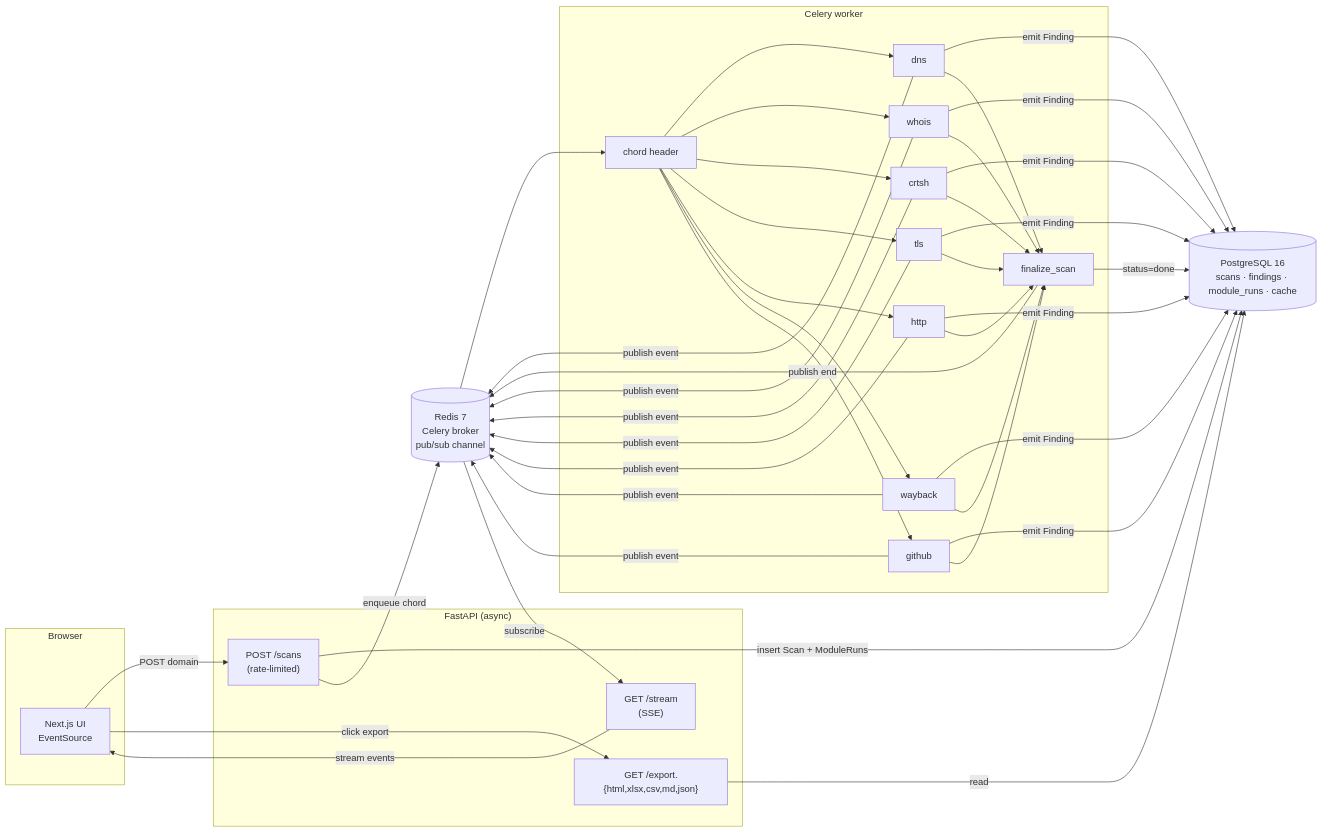
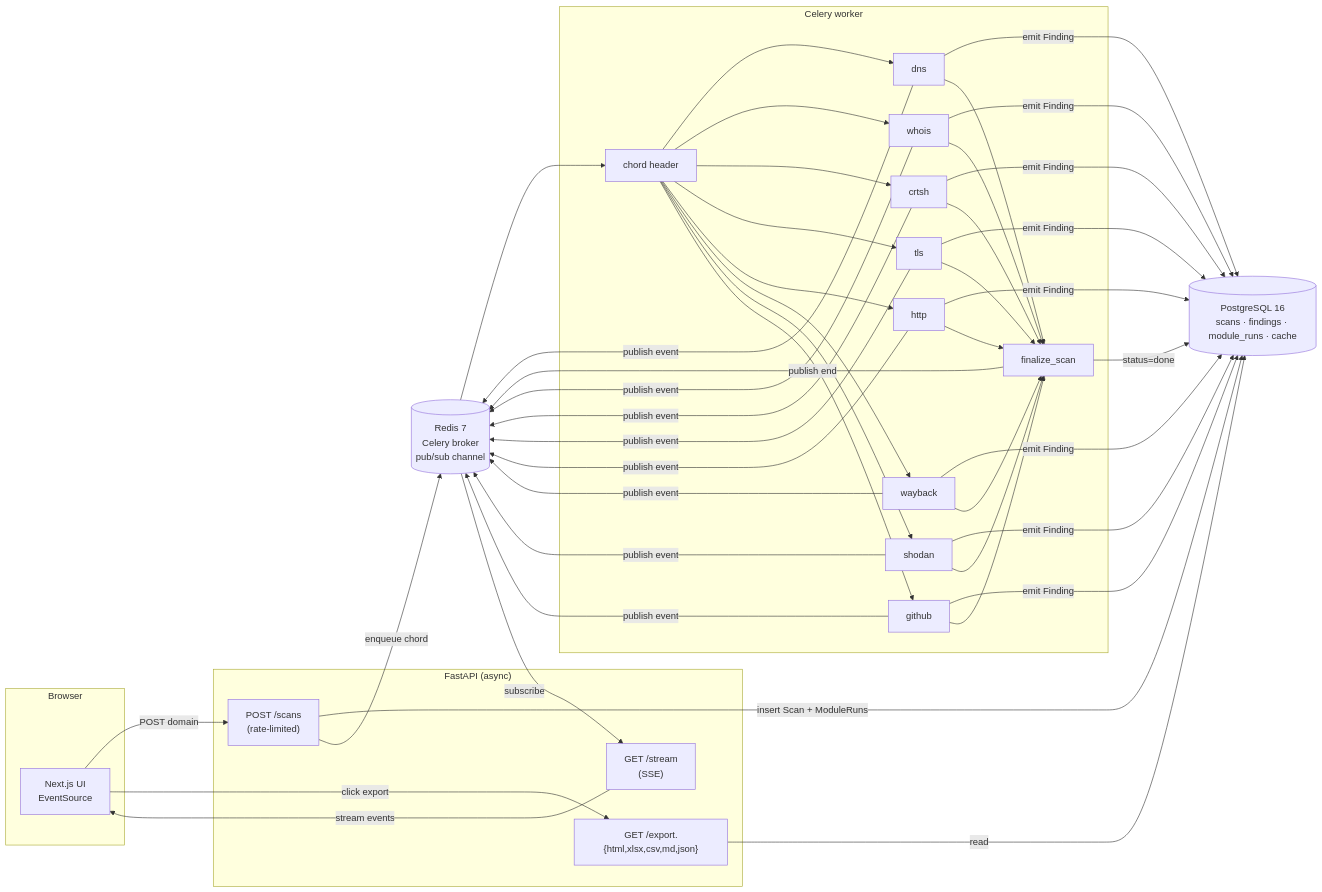
Before and after one commit to Youness-Harrizi/recon-dashboard-yh: the diagram in README.md, drawn with Mermaid. The commit also changed other lines of this file and 7 other files, not shown here.

````diff
--- a/README.md
+++ b/README.md
@@ -66,42 +67,43 @@
 ```mermaid
 flowchart LR
     subgraph Browser
         UI["Next.js UI<br/>EventSource"]
     end
 
     subgraph API["FastAPI (async)"]
         POST["POST /scans<br/>(rate-limited)"]
         SSE["GET /stream<br/>(SSE)"]
         EXPORT["GET /export.{html,xlsx,csv,md,json}"]
     end
 
     DB[("PostgreSQL 16<br/>scans · findings · module_runs · cache")]
     REDIS[("Redis 7<br/>Celery broker<br/>pub/sub channel")]
 
     subgraph Worker["Celery worker"]
         DISPATCH["chord header"]
         M1["dns"]
         M2["whois"]
         M3["crtsh"]
         M4["tls"]
         M5["http"]
         M6["wayback"]
-        M7["github"]
+        M7["shodan"]
+        M8["github"]
         FIN["finalize_scan"]
     end
 
     UI -->|POST domain| POST
     POST -->|insert Scan + ModuleRuns| DB
     POST -->|enqueue chord| REDIS
     REDIS --> DISPATCH
-    DISPATCH --> M1 & M2 & M3 & M4 & M5 & M6 & M7
-    M1 & M2 & M3 & M4 & M5 & M6 & M7 -->|emit Finding| DB
-    M1 & M2 & M3 & M4 & M5 & M6 & M7 -->|publish event| REDIS
-    M1 & M2 & M3 & M4 & M5 & M6 & M7 --> FIN
+    DISPATCH --> M1 & M2 & M3 & M4 & M5 & M6 & M7 & M8
+    M1 & M2 & M3 & M4 & M5 & M6 & M7 & M8 -->|emit Finding| DB
+    M1 & M2 & M3 & M4 & M5 & M6 & M7 & M8 -->|publish event| REDIS
+    M1 & M2 & M3 & M4 & M5 & M6 & M7 & M8 --> FIN
     FIN -->|status=done| DB
     FIN -->|publish end| REDIS
     REDIS -->|subscribe| SSE
     SSE -->|stream events| UI
     UI -->|click export| EXPORT
     EXPORT -->|read| DB
 ```
````
